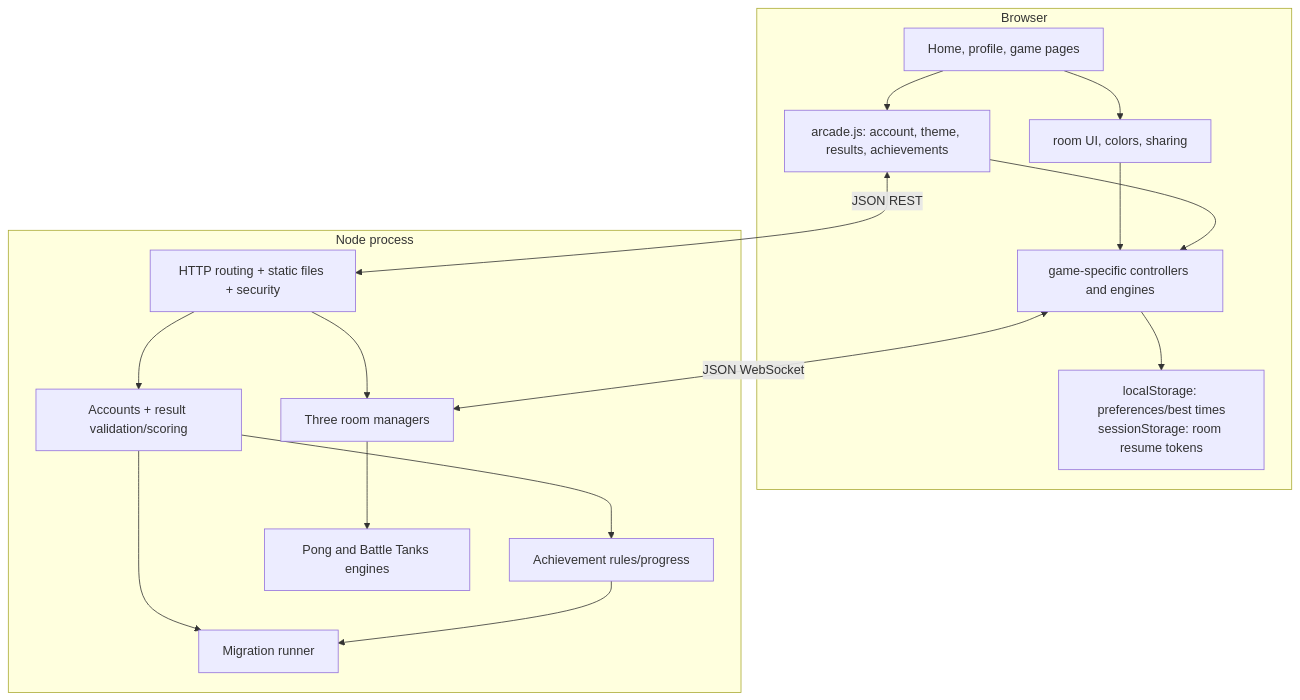
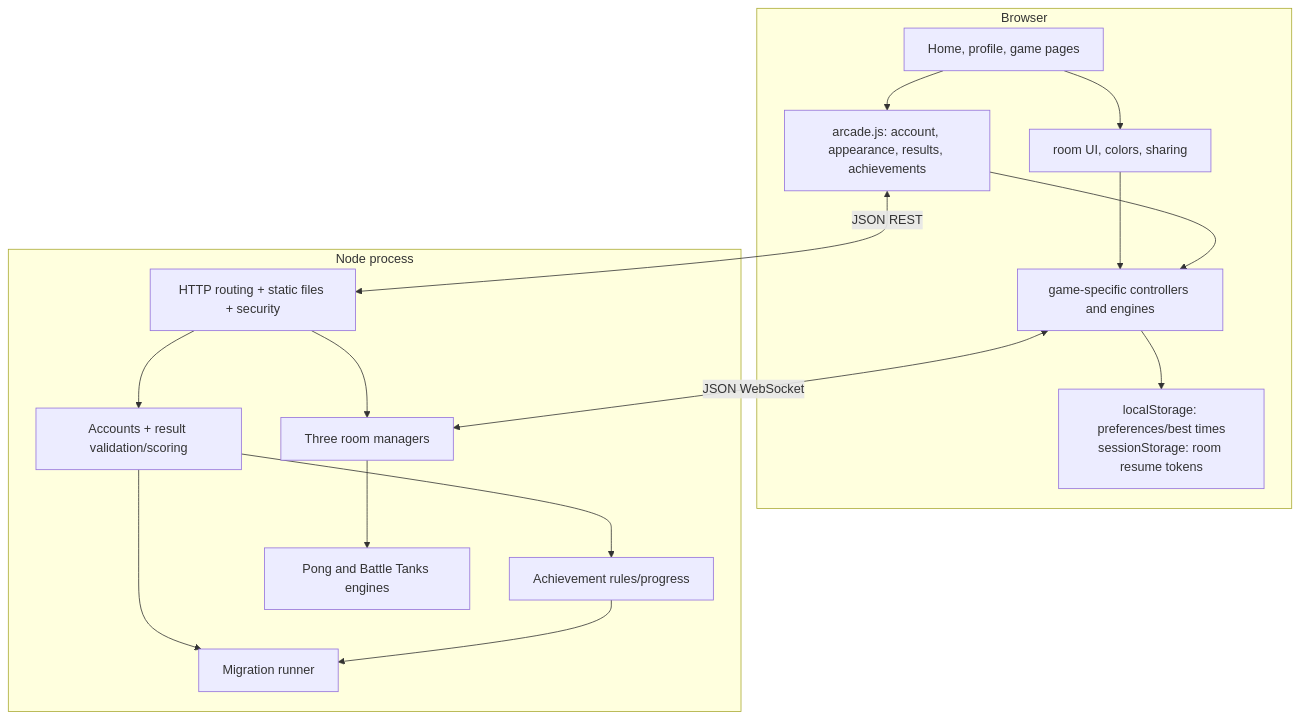
One commit to bashmohandes/Javascript changed the second of 7 diagrams in docs/architecture.md. Above: the diagram before and after it, drawn with Mermaid. The commit also changed other lines of this file and 11 other files, not shown here.

````diff
--- a/docs/architecture.md
+++ b/docs/architecture.md
@@ -21,28 +21,28 @@
 ```mermaid
 flowchart TB
   subgraph Browser
     Pages[Home, profile, game pages]
-    Arcade[arcade.js: account, theme, results, achievements]
+    Arcade[arcade.js: account, appearance, results, achievements]
     Shared[room UI, colors, sharing]
     Games[game-specific controllers and engines]
     Store[localStorage: preferences/best times\nsessionStorage: room resume tokens]
     Pages --> Arcade
     Pages --> Shared --> Games
     Arcade --> Games
     Games --> Store
   end
   subgraph Node_process[Node process]
     HTTP[HTTP routing + static files + security]
     Accounts[Accounts + result validation/scoring]
     Achievements[Achievement rules/progress]
     Rooms[Three room managers]
     Engines[Pong and Battle Tanks engines]
     DB[Migration runner]
     HTTP --> Accounts --> Achievements
     HTTP --> Rooms --> Engines
     Accounts --> DB
     Achievements --> DB
   end
   Arcade <-->|JSON REST| HTTP
   Games <-->|JSON WebSocket| Rooms
 ```
````
